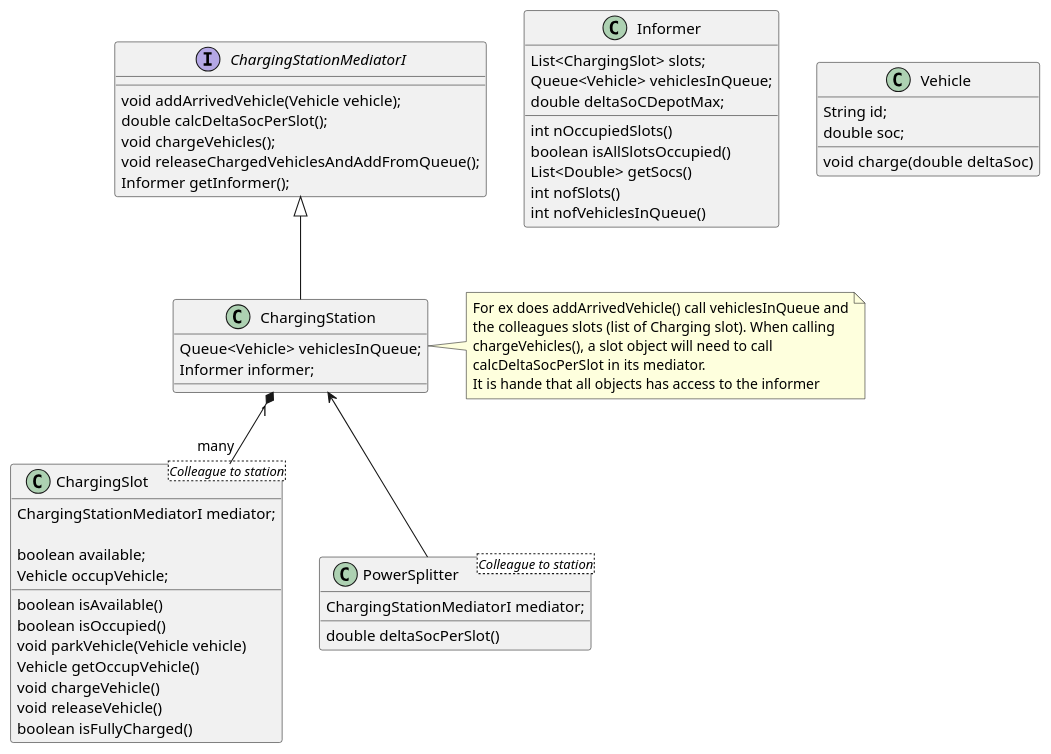
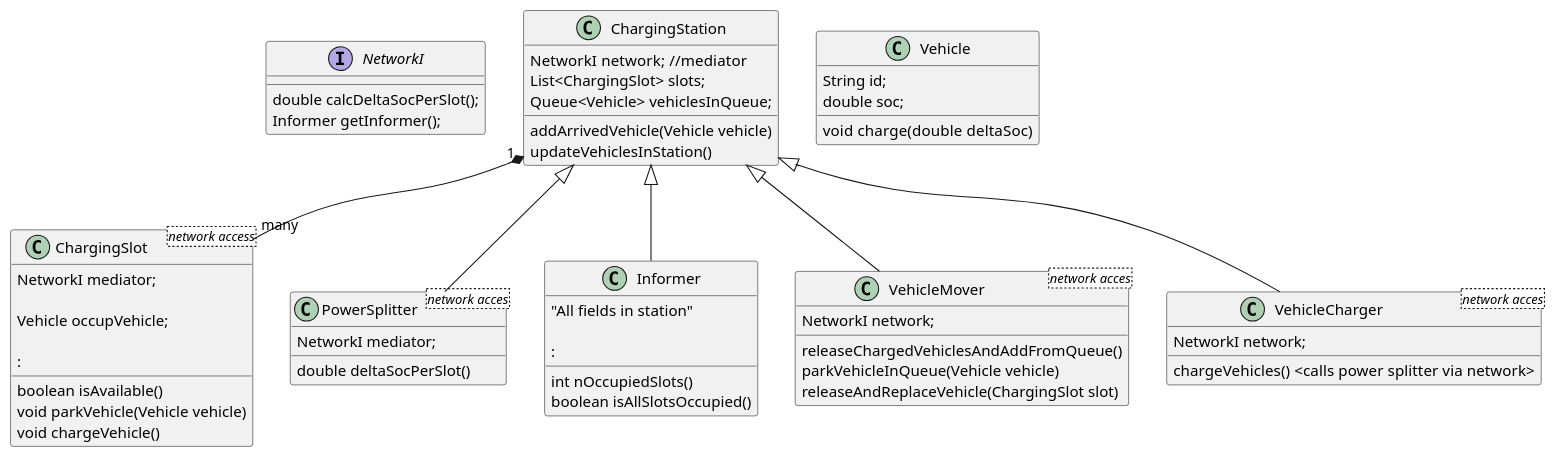
One commit to JonasHellgren/JavaBasics changed the diagram in src/java_design_patterns/G_mediator/charging_station_network/charge.puml. Above: the diagram before and after it, drawn with PlantUML. The commit also changed 26 other files, not shown here.

Commit message:
plantuml

```diff
--- a/src/java_design_patterns/G_mediator/charging_station_network/charge.puml
+++ b/src/java_design_patterns/G_mediator/charging_station_network/charge.puml
@@ -1,71 +1,75 @@
 @startuml
 
 
-interface ChargingStationMediatorI {
-    void addArrivedVehicle(Vehicle vehicle);
+interface NetworkI {
     double calcDeltaSocPerSlot();
-    void chargeVehicles();
-    void releaseChargedVehiclesAndAddFromQueue();
     Informer getInformer();
 }
 
 class ChargingStation {
-    Queue<Vehicle> vehiclesInQueue;
-    Informer informer;
+   NetworkI network;  //mediator
+       List<ChargingSlot> slots;
+       Queue<Vehicle> vehiclesInQueue;
+
+     addArrivedVehicle(Vehicle vehicle)
+     updateVehiclesInStation()
 }
 
-note right of ChargingStation
- For ex does addArrivedVehicle() call vehiclesInQueue and
- the colleagues slots (list of Charging slot). When calling
- chargeVehicles(), a slot object will need to call
- calcDeltaSocPerSlot in its mediator.
- It is hande that all objects has access to the informer
-end note
+ class ChargingSlot<network access> {
+    NetworkI mediator;
 
- class ChargingSlot<Colleague to station> {
-    ChargingStationMediatorI mediator;
-
-    boolean available;
     Vehicle occupVehicle;
 
     boolean isAvailable()
-    boolean isOccupied()
     void parkVehicle(Vehicle vehicle)
-    Vehicle getOccupVehicle()
     void chargeVehicle()
-    void releaseVehicle()
-    boolean isFullyCharged()
+    :
 }
 
- class PowerSplitter <Colleague to station> {
-    ChargingStationMediatorI mediator;
+ class PowerSplitter <network acces> {
+    NetworkI mediator;
 
     double deltaSocPerSlot()
     }
 
 class Informer {
-
-    List<ChargingSlot> slots;
-    Queue<Vehicle> vehiclesInQueue;
-    double deltaSoCDepotMax;
+     "All fields in station"
 
      int nOccupiedSlots()
      boolean isAllSlotsOccupied()
-     List<Double> getSocs()
-     int nofSlots()
-     int nofVehiclesInQueue()
+:
     }
 
+class VehicleMover <network acces> {
+
+    NetworkI network;
+
+    releaseChargedVehiclesAndAddFromQueue()
+    parkVehicleInQueue(Vehicle vehicle)
+    releaseAndReplaceVehicle(ChargingSlot slot)
+
+    }
+
+class VehicleCharger <network acces>{
+    NetworkI network;
+
+    chargeVehicles()  <calls power splitter via network>
+ }
 
 class Vehicle {
       String id;
       double soc;
 
       void  charge(double deltaSoc)
  }
 
-ChargingStationMediatorI <|-- ChargingStation
-ChargingStation <-- PowerSplitter
+ChargingStation <|-- PowerSplitter
+ChargingStation <|-- VehicleMover
+ChargingStation <|-- VehicleCharger
+ChargingStation <|-- Informer
+
+
+
 ChargingStation "1" *-d- "many" ChargingSlot
 
 @enduml
```
